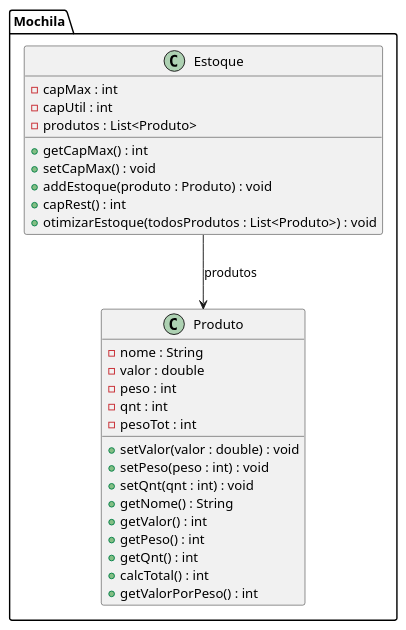
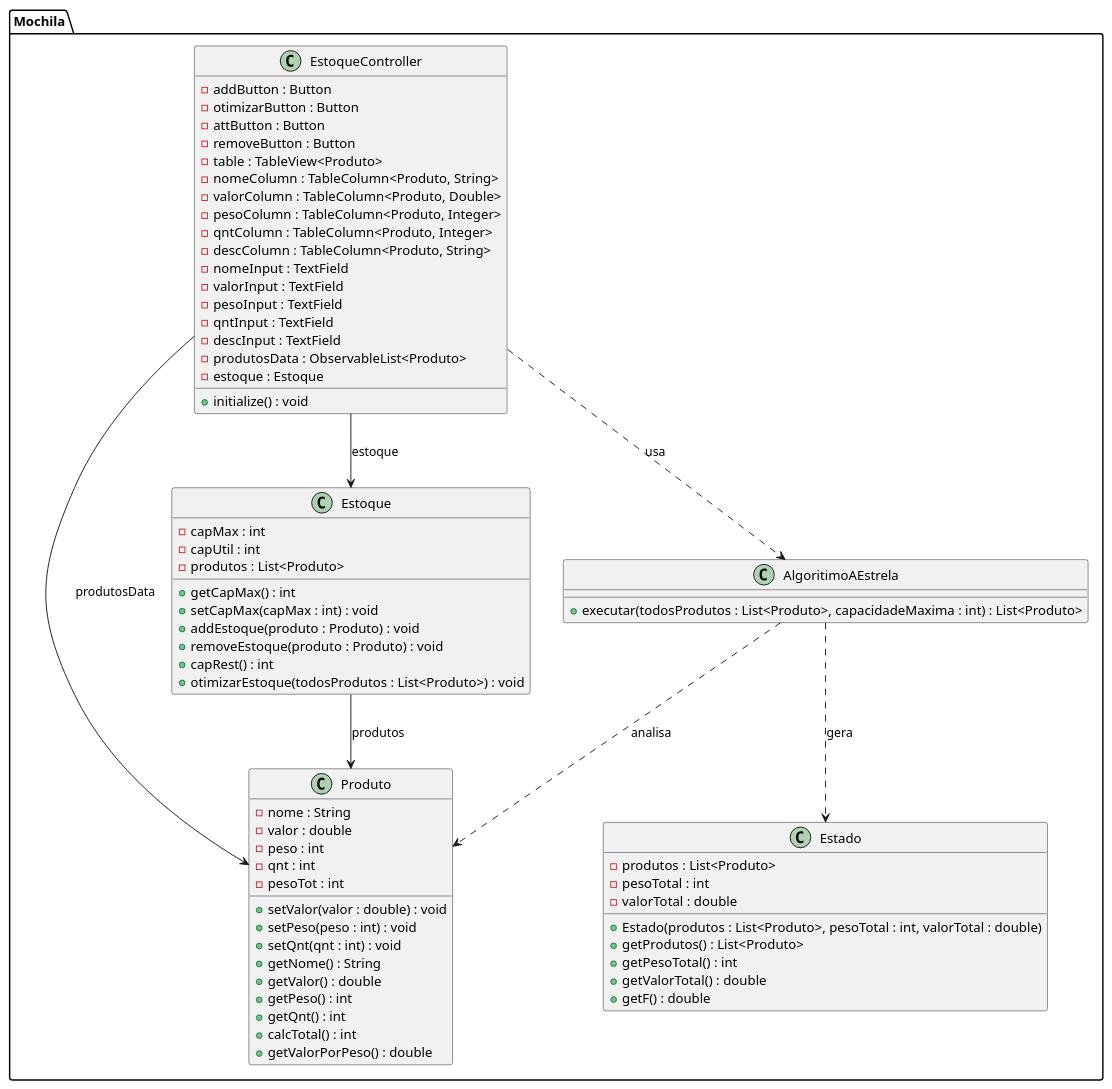
One commit to MMarcooss/Prob_Moch changed the diagram in InterfaceEstoque/src/main/java/com/example/interfaceestoque/DiagramaClasse.puml. Above: the diagram before and after it, drawn with PlantUML.

Commit message:
Recomitando o Diagrama de Classe

```diff
--- a/InterfaceEstoque/src/main/java/com/example/interfaceestoque/DiagramaClasse.puml
+++ b/InterfaceEstoque/src/main/java/com/example/interfaceestoque/DiagramaClasse.puml
@@ -1,38 +1,81 @@
 @startuml
 
 package Mochila {
-
-    class Estoque {
-        - capMax : int
-        - capUtil : int
-        - produtos : List<Produto>
-
-        + getCapMax() : int
-        + setCapMax() : void
-        + addEstoque(produto : Produto) : void
-        + capRest() : int
-        + otimizarEstoque(todosProdutos : List<Produto>) : void
-    }
-
     class Produto {
         - nome : String
         - valor : double
         - peso : int
         - qnt : int
         - pesoTot : int
 
         + setValor(valor : double) : void
         + setPeso(peso : int) : void
         + setQnt(qnt : int) : void
         + getNome() : String
-        + getValor() : int
+        + getValor() : double
         + getPeso() : int
         + getQnt() : int
         + calcTotal() : int
-        + getValorPorPeso() : int
+        + getValorPorPeso() : double
+    }
+
+    class Estoque {
+        - capMax : int
+        - capUtil : int
+        - produtos : List<Produto>
+
+        + getCapMax() : int
+        + setCapMax(capMax : int) : void
+        + addEstoque(produto : Produto) : void
+        + removeEstoque(produto : Produto) : void
+        + capRest() : int
+        + otimizarEstoque(todosProdutos : List<Produto>) : void
+    }
+
+    class EstoqueController {
+        - addButton : Button
+        - otimizarButton : Button
+        - attButton : Button
+        - removeButton : Button
+        - table : TableView<Produto>
+        - nomeColumn : TableColumn<Produto, String>
+        - valorColumn : TableColumn<Produto, Double>
+        - pesoColumn : TableColumn<Produto, Integer>
+        - qntColumn : TableColumn<Produto, Integer>
+        - descColumn : TableColumn<Produto, String>
+        - nomeInput : TextField
+        - valorInput : TextField
+        - pesoInput : TextField
+        - qntInput : TextField
+        - descInput : TextField
+        - produtosData : ObservableList<Produto>
+        - estoque : Estoque
+
+        + initialize() : void
+    }
+
+    class AlgoritimoAEstrela {
+        + executar(todosProdutos : List<Produto>, capacidadeMaxima : int) : List<Produto>
+    }
+
+    class Estado {
+        - produtos : List<Produto>
+        - pesoTotal : int
+        - valorTotal : double
+
+        + Estado(produtos : List<Produto>, pesoTotal : int, valorTotal : double)
+        + getProdutos() : List<Produto>
+        + getPesoTotal() : int
+        + getValorTotal() : double
+        + getF() : double
     }
 
     Estoque --> Produto : "produtos"
+    EstoqueController --> Estoque : "estoque"
+    EstoqueController --> Produto : "produtosData"
+    EstoqueController ..> AlgoritimoAEstrela : "usa"
+    AlgoritimoAEstrela ..> Produto : "analisa"
+    AlgoritimoAEstrela ..> Estado : "gera"
 }
 
 @enduml
```
